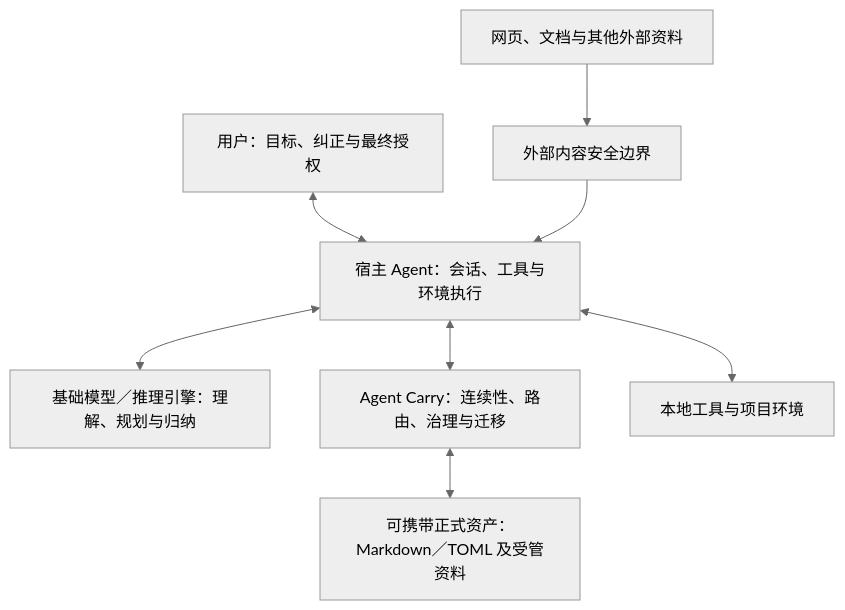
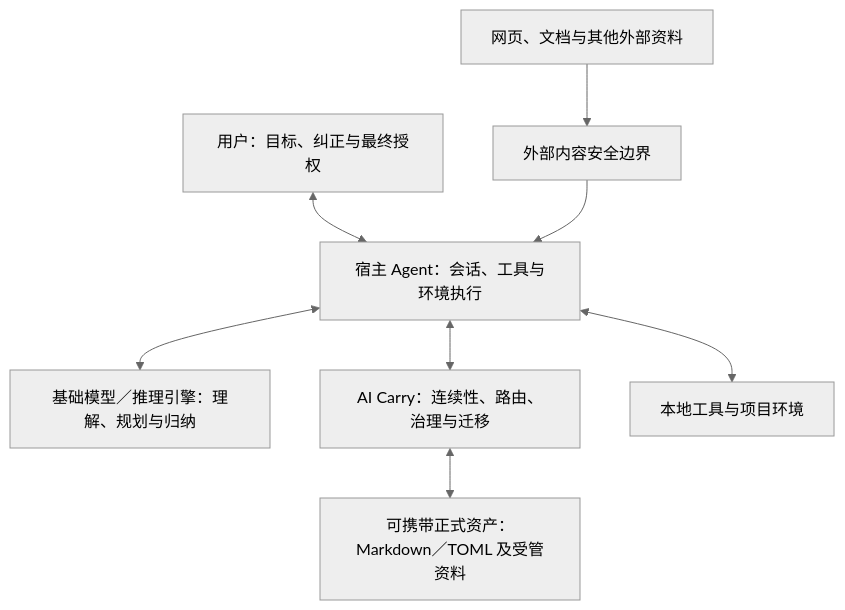
One commit to Ww-Cooooo/Agent-Carry changed the first of 2 diagrams in docs/architecture.md. Above: the diagram before and after it, drawn with Mermaid (neutral theme). The commit also changed other lines of this file and 193 other files, not shown here.

````diff
--- a/docs/architecture.md
+++ b/docs/architecture.md
@@ -111,18 +111,18 @@
 ```mermaid
 flowchart TD
     U["用户：目标、纠正与最终授权"]
     H["宿主 Agent：会话、工具与环境执行"]
     M["基础模型／推理引擎：理解、规划与归纳"]
-    C["Agent Carry：连续性、路由、治理与迁移"]
+    C["AI Carry：连续性、路由、治理与迁移"]
     A["可携带正式资产：Markdown／TOML 及受管资料"]
     L["本地工具与项目环境"]
     E["网页、文档与其他外部资料"]
     S["外部内容安全边界"]
 
     U <--> H
     H <--> M
     H <--> C
     C <--> A
     H <--> L
     E --> S --> H
 ```
````
